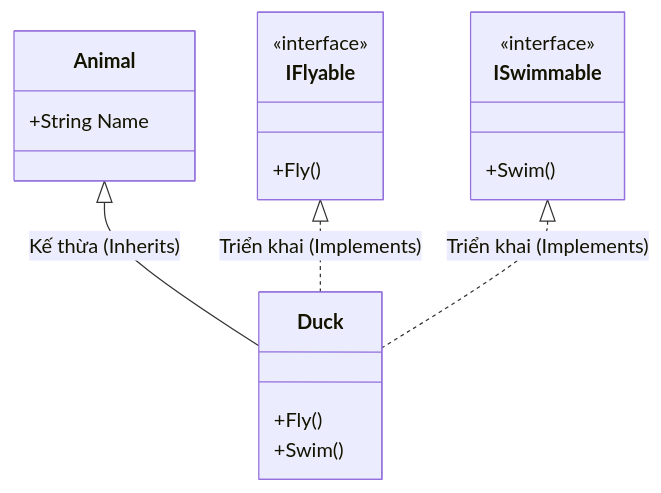
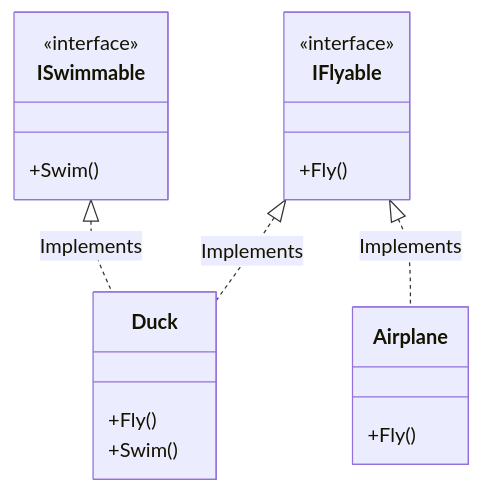
The diagram in frontend/src/features/docs/content/oop/interface.md (maitieubao/VisualizationDSA), drawn with Mermaid before and after one commit. The commit also changed other lines of this file and 823 other files, not shown here.

First line of the commit message:
feat: Sprint 3 hoàn tất - Classroom, Codelabs, Theory Articles, Graph search viz + redesign QuickSort/MergeSort visualizers

````diff
--- a/frontend/src/features/docs/content/oop/interface.md
+++ b/frontend/src/features/docs/content/oop/interface.md
@@ -88,22 +49,24 @@
 ```mermaid
 classDiagram
-    class Animal {
-        +String Name
-    }
     class IFlyable {
         <<interface>>
         +Fly()
     }
     class ISwimmable {
         <<interface>>
         +Swim()
     }
+    
     class Duck {
         +Fly()
         +Swim()
     }
     
-    Animal <|-- Duck : Kế thừa (Inherits)
-    IFlyable <|.. Duck : Triển khai (Implements)
-    ISwimmable <|.. Duck : Triển khai (Implements)
+    class Airplane {
+        +Fly()
+    }
+    
+    IFlyable <|.. Duck : Implements
+    ISwimmable <|.. Duck : Implements
+    IFlyable <|.. Airplane : Implements
 ```
````
